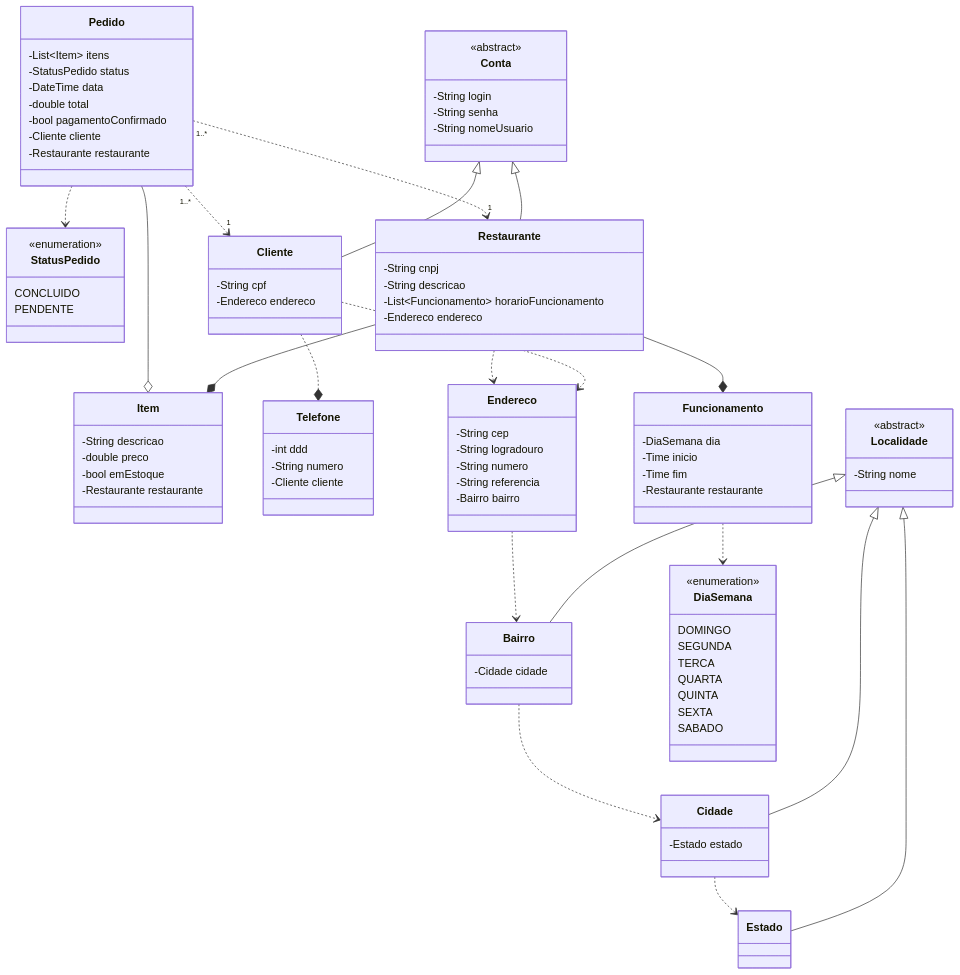
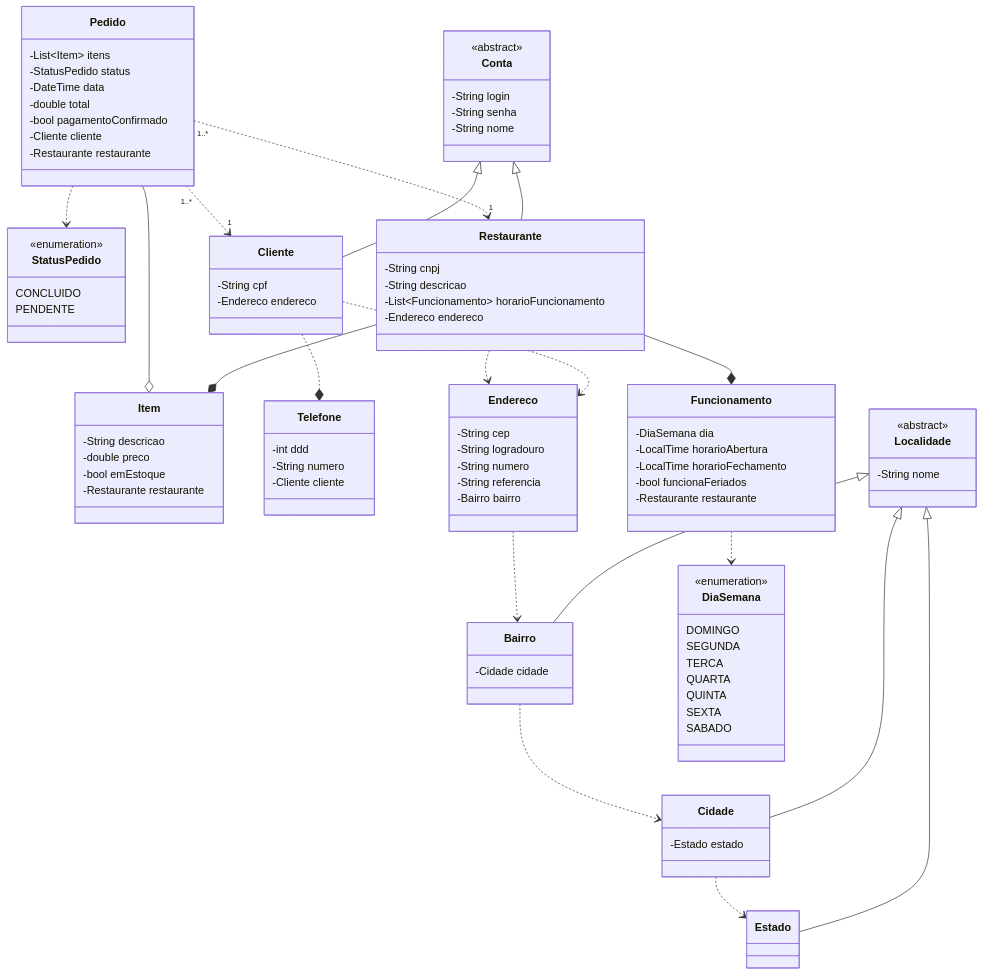
One commit to gxrj/dio-santander2023 changed the diagram in desafio-final-backend-dio-santander2023/README.md. Above: the diagram before and after it, drawn with Mermaid. The commit also changed 13 other files, not shown here.

```diff
--- a/desafio-final-backend-dio-santander2023/README.md
+++ b/desafio-final-backend-dio-santander2023/README.md
@@ -68,7 +68,7 @@
         <<abstract>>
         -String login
         -String senha
-        -String nomeUsuario
+        -String nome
     }
     class Restaurante{
         -String cnpj
@@ -78,8 +78,9 @@
     }
     class Funcionamento{
         -DiaSemana dia
-        -Time inicio
-        -Time fim
+        -LocalTime horarioAbertura
+        -LocalTime horarioFechamento
+        -bool funcionaFeriados
         -Restaurante restaurante
     }
     class DiaSemana{
```
